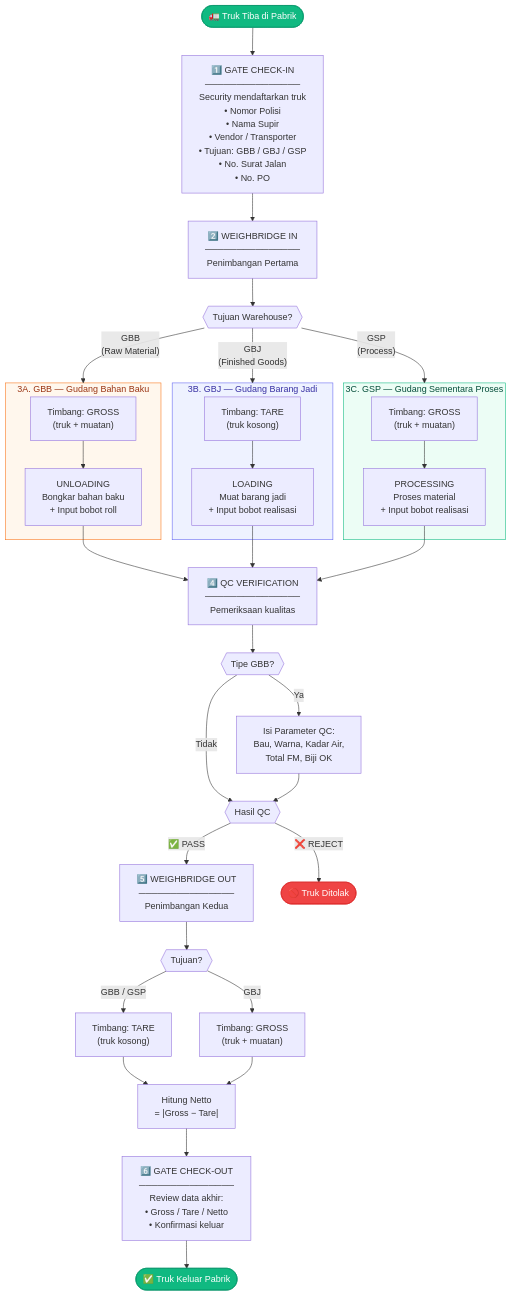
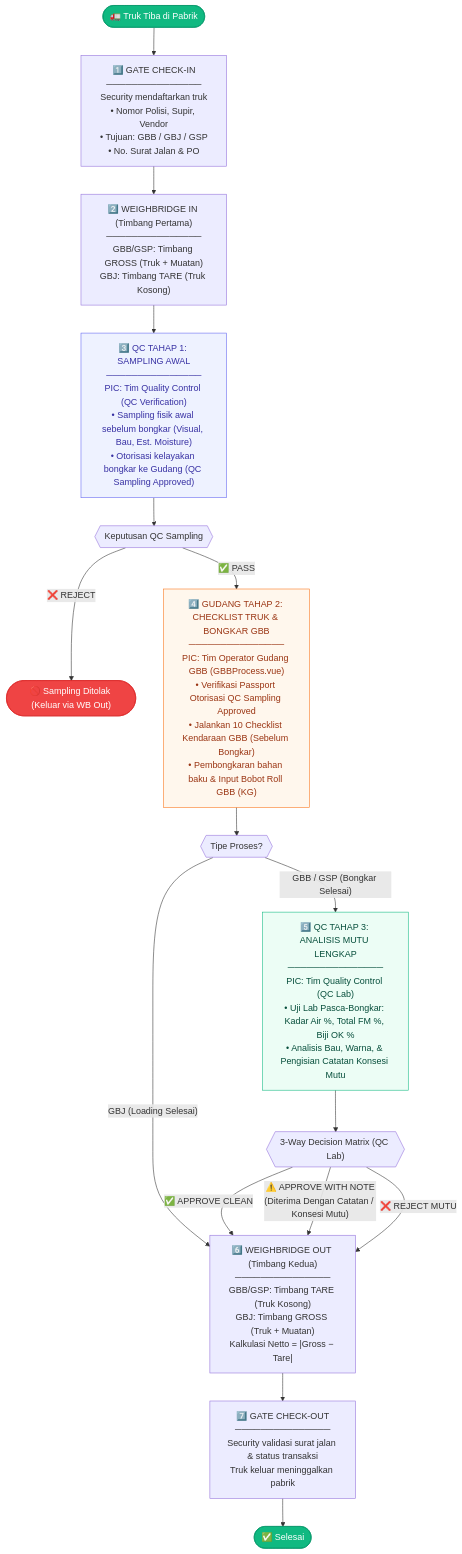
The first of 2 diagrams in docs/flowchart_bisnis_gms.md (rahmatauliya10/Aplikasi-Gate-Management-System), drawn with Mermaid before and after one commit. The commit also changed other lines of this file and 46 other files, not shown here.

````diff
--- a/docs/flowchart_bisnis_gms.md
+++ b/docs/flowchart_bisnis_gms.md
@@ -5,65 +5,36 @@
 ```mermaid
 flowchart TD
     START(["🚛 Truk Tiba di Pabrik"]) 
     START --> GATE_IN
 
-    GATE_IN["1️⃣ GATE CHECK-IN<br/>───────────────<br/>Security mendaftarkan truk<br/>• Nomor Polisi<br/>• Nama Supir<br/>• Vendor / Transporter<br/>• Tujuan: GBB / GBJ / GSP<br/>• No. Surat Jalan<br/>• No. PO"]
+    GATE_IN["1️⃣ GATE CHECK-IN<br/>───────────────<br/>Security mendaftarkan truk<br/>• Nomor Polisi, Supir, Vendor<br/>• Tujuan: GBB / GBJ / GSP<br/>• No. Surat Jalan & PO"]
     
-    GATE_IN --> WB_IN["2️⃣ WEIGHBRIDGE IN<br/>───────────────<br/>Penimbangan Pertama"]
+    GATE_IN --> WB_IN["2️⃣ WEIGHBRIDGE IN (Timbang Pertama)<br/>───────────────<br/>GBB/GSP: Timbang GROSS (Truk + Muatan)<br/>GBJ: Timbang TARE (Truk Kosong)"]
 
-    WB_IN --> TYPE{{"Tujuan Warehouse?"}}
+    WB_IN --> QC_STAGE1["3️⃣ QC TAHAP 1: SAMPLING AWAL<br/>───────────────<br/>PIC: Tim Quality Control (QC Verification)<br/>• Sampling fisik awal sebelum bongkar (Visual, Bau, Est. Moisture)<br/>• Otorisasi kelayakan bongkar ke Gudang (QC Sampling Approved)"]
 
-    TYPE --> |"GBB<br/>(Raw Material)"| GBB
-    TYPE --> |"GBJ<br/>(Finished Goods)"| GBJ
-    TYPE --> |"GSP<br/>(Process)"| GSP
+    QC_STAGE1 --> QC1_DECIDE{{"Keputusan QC Sampling"}}
+    QC1_DECIDE --> |"❌ REJECT"| REJECT_EARLY(["🚫 Sampling Ditolak (Keluar via WB Out)"])
+    QC1_DECIDE --> |"✅ PASS"| WAREHOUSE_STAGE2["4️⃣ GUDANG TAHAP 2: CHECKLIST TRUK & BONGKAR GBB<br/>───────────────<br/>PIC: Tim Operator Gudang GBB (GBBProcess.vue)<br/>• Verifikasi Passport Otorisasi QC Sampling Approved<br/>• Jalankan 10 Checklist Kendaraan GBB (Sebelum Bongkar)<br/>• Pembongkaran bahan baku & Input Bobot Roll GBB (KG)"]
 
-    subgraph GBB["3A. GBB — Gudang Bahan Baku"]
-        GBB_W["Timbang: GROSS<br/>(truk + muatan)"]
-        GBB_W --> GBB_P["UNLOADING<br/>Bongkar bahan baku<br/>+ Input bobot roll"]
-    end
+    WAREHOUSE_STAGE2 --> CHECK_TYPE{{"Tipe Proses?"}}
+    CHECK_TYPE --> |"GBJ (Loading Selesai)"| WB_OUT
+    CHECK_TYPE --> |"GBB / GSP (Bongkar Selesai)"| QC_STAGE3["5️⃣ QC TAHAP 3: ANALISIS MUTU LENGKAP<br/>───────────────<br/>PIC: Tim Quality Control (QC Lab)<br/>• Uji Lab Pasca-Bongkar: Kadar Air %, Total FM %, Biji OK %<br/>• Analisis Bau, Warna, & Pengisian Catatan Konsesi Mutu"]
 
-    subgraph GBJ["3B. GBJ — Gudang Barang Jadi"]
-        GBJ_W["Timbang: TARE<br/>(truk kosong)"]
-        GBJ_W --> GBJ_P["LOADING<br/>Muat barang jadi<br/>+ Input bobot realisasi"]
-    end
+    QC_STAGE3 --> QC3_DECIDE{{"3-Way Decision Matrix (QC Lab)"}}
+    QC3_DECIDE --> |"✅ APPROVE CLEAN"| WB_OUT
+    QC3_DECIDE --> |"⚠️ APPROVE WITH NOTE<br/>(Diterima Dengan Catatan / Konsesi Mutu)"| WB_OUT
+    QC3_DECIDE --> |"❌ REJECT MUTU"| WB_OUT
 
-    subgraph GSP["3C. GSP — Gudang Sementara Proses"]
-        GSP_W["Timbang: GROSS<br/>(truk + muatan)"]
-        GSP_W --> GSP_P["PROCESSING<br/>Proses material<br/>+ Input bobot realisasi"]
-    end
+    WB_OUT["6️⃣ WEIGHBRIDGE OUT (Timbang Kedua)<br/>───────────────<br/>GBB/GSP: Timbang TARE (Truk Kosong)<br/>GBJ: Timbang GROSS (Truk + Muatan)<br/>Kalkulasi Netto = |Gross − Tare|"]
 
-    GBB_P --> QC
-    GBJ_P --> QC
-    GSP_P --> QC
-
-    QC["4️⃣ QC VERIFICATION<br/>───────────────<br/>Pemeriksaan kualitas"]
-    
-    QC --> QC_GBB{{"Tipe GBB?"}}
-    QC_GBB --> |"Ya"| QC_FORM["Isi Parameter QC:<br/>Bau, Warna, Kadar Air,<br/>Total FM, Biji OK"]
-    QC_GBB --> |"Tidak"| QC_DECIDE
-    QC_FORM --> QC_DECIDE
-
-    QC_DECIDE{{"Hasil QC"}}
-    QC_DECIDE --> |"✅ PASS"| WB_OUT
-    QC_DECIDE --> |"❌ REJECT"| REJECTED(["🚫 Truk Ditolak"])
-
-    WB_OUT["5️⃣ WEIGHBRIDGE OUT<br/>───────────────<br/>Penimbangan Kedua"]
-
-    WB_OUT --> WB_TYPE{{"Tujuan?"}}
-    WB_TYPE --> |"GBB / GSP"| WB_TARE["Timbang: TARE<br/>(truk kosong)"]
-    WB_TYPE --> |"GBJ"| WB_GROSS["Timbang: GROSS<br/>(truk + muatan)"]
-
-    WB_TARE --> NET["Hitung Netto<br/>= |Gross − Tare|"]
-    WB_GROSS --> NET
-
-    NET --> GATE_OUT["6️⃣ GATE CHECK-OUT<br/>───────────────<br/>Review data akhir:<br/>• Gross / Tare / Netto<br/>• Konfirmasi keluar"]
-
-    GATE_OUT --> FINISH(["✅ Truk Keluar Pabrik"])
+    WB_OUT --> GATE_OUT["7️⃣ GATE CHECK-OUT<br/>───────────────<br/>Security validasi surat jalan & status transaksi<br/>Truk keluar meninggalkan pabrik"]
+    GATE_OUT --> FINISH(["✅ Selesai"])
 
     style START fill:#10b981,stroke:#059669,color:#fff
     style FINISH fill:#10b981,stroke:#059669,color:#fff
-    style REJECTED fill:#ef4444,stroke:#dc2626,color:#fff
-    style GBB fill:#fff7ed,stroke:#f97316,color:#9a3412
-    style GBJ fill:#eef2ff,stroke:#6366f1,color:#3730a3
-    style GSP fill:#ecfdf5,stroke:#10b981,color:#064e3b
+    style REJECT_EARLY fill:#ef4444,stroke:#dc2626,color:#fff
+    style QC_STAGE1 fill:#eef2ff,stroke:#6366f1,color:#3730a3
+    style WAREHOUSE_STAGE2 fill:#fff7ed,stroke:#f97316,color:#9a3412
+    style QC_STAGE3 fill:#ecfdf5,stroke:#10b981,color:#064e3b
 ```
````
